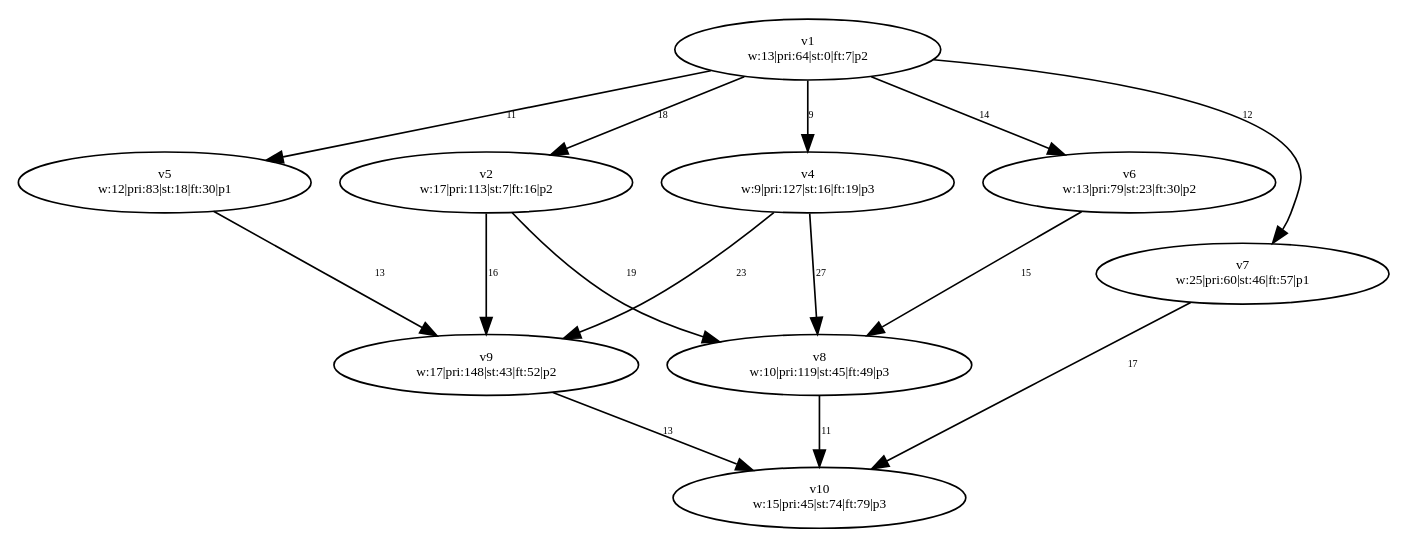
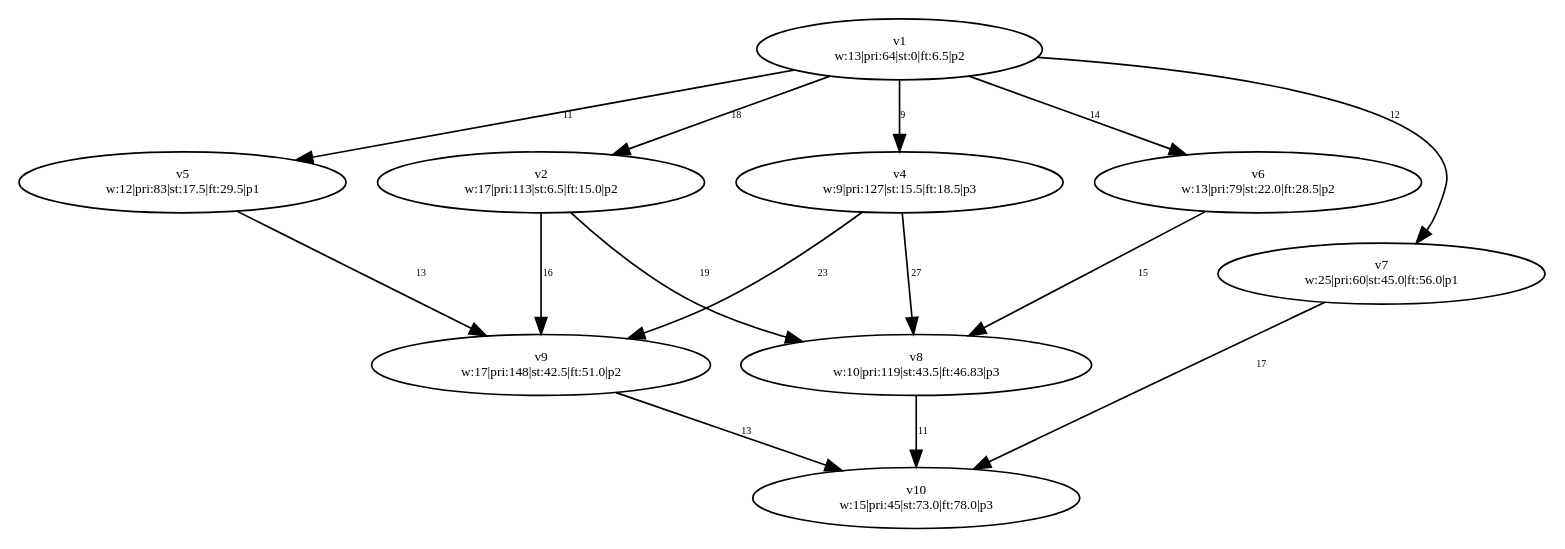
The diagram in PythonApplication1/PythonApplication1/test-output/slika_7_Simplified.gv (dexters1/Task-Scheduling-Based-on-Genetic-Algorithms), drawn with Graphviz before and after one commit. The commit also changed 112 other files, not shown here.

```diff
--- a/PythonApplication1/PythonApplication1/test-output/slika_7_Simplified.gv
+++ b/PythonApplication1/PythonApplication1/test-output/slika_7_Simplified.gv
@@ -1,34 +1,34 @@
 digraph {
 	v1 [label="v1
-w:13|pri:64|st:0|ft:7|p2" fontsize=8.0]
+w:13|pri:64|st:0|ft:6.5|p2" fontsize=8.0]
 	v4 [label="v4
-w:9|pri:127|st:16|ft:19|p3" fontsize=8.0]
+w:9|pri:127|st:15.5|ft:18.5|p3" fontsize=8.0]
 	v2 [label="v2
-w:17|pri:113|st:7|ft:16|p2" fontsize=8.0]
+w:17|pri:113|st:6.5|ft:15.0|p2" fontsize=8.0]
 	v5 [label="v5
-w:12|pri:83|st:18|ft:30|p1" fontsize=8.0]
+w:12|pri:83|st:17.5|ft:29.5|p1" fontsize=8.0]
 	v6 [label="v6
-w:13|pri:79|st:23|ft:30|p2" fontsize=8.0]
+w:13|pri:79|st:22.0|ft:28.5|p2" fontsize=8.0]
 	v9 [label="v9
-w:17|pri:148|st:43|ft:52|p2" fontsize=8.0]
+w:17|pri:148|st:42.5|ft:51.0|p2" fontsize=8.0]
 	v8 [label="v8
-w:10|pri:119|st:45|ft:49|p3" fontsize=8.0]
+w:10|pri:119|st:43.5|ft:46.83|p3" fontsize=8.0]
 	v7 [label="v7
-w:25|pri:60|st:46|ft:57|p1" fontsize=8.0]
+w:25|pri:60|st:45.0|ft:56.0|p1" fontsize=8.0]
 	v10 [label="v10
-w:15|pri:45|st:74|ft:79|p3" fontsize=8.0]
+w:15|pri:45|st:73.0|ft:78.0|p3" fontsize=8.0]
 	v1 -> v2 [label=18 constraint=true fontsize=6.0]
 	v1 -> v4 [label=9 constraint=true fontsize=6.0]
 	v1 -> v5 [label=11 constraint=true fontsize=6.0]
 	v1 -> v6 [label=14 constraint=true fontsize=6.0]
 	v2 -> v8 [label=19 constraint=true fontsize=6.0]
 	v2 -> v9 [label=16 constraint=true fontsize=6.0]
 	v4 -> v8 [label=27 constraint=true fontsize=6.0]
 	v4 -> v9 [label=23 constraint=true fontsize=6.0]
 	v5 -> v9 [label=13 constraint=true fontsize=6.0]
 	v6 -> v8 [label=15 constraint=true fontsize=6.0]
 	v7 -> v10 [label=17 constraint=true fontsize=6.0]
 	v8 -> v10 [label=11 constraint=true fontsize=6.0]
 	v9 -> v10 [label=13 constraint=true fontsize=6.0]
 	v1 -> v7 [label=12 constraint=true fontsize=6.0]
 }
```
